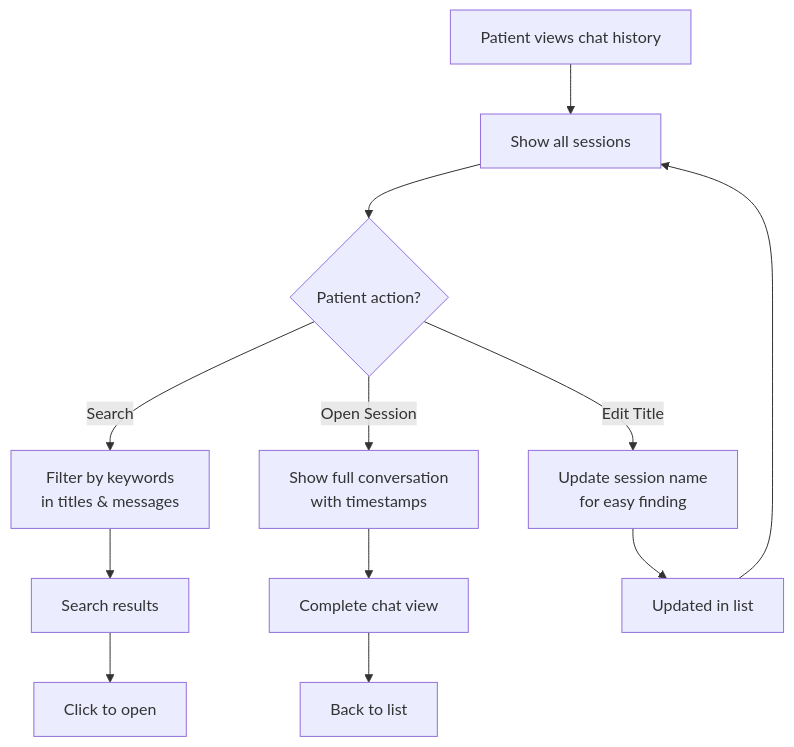
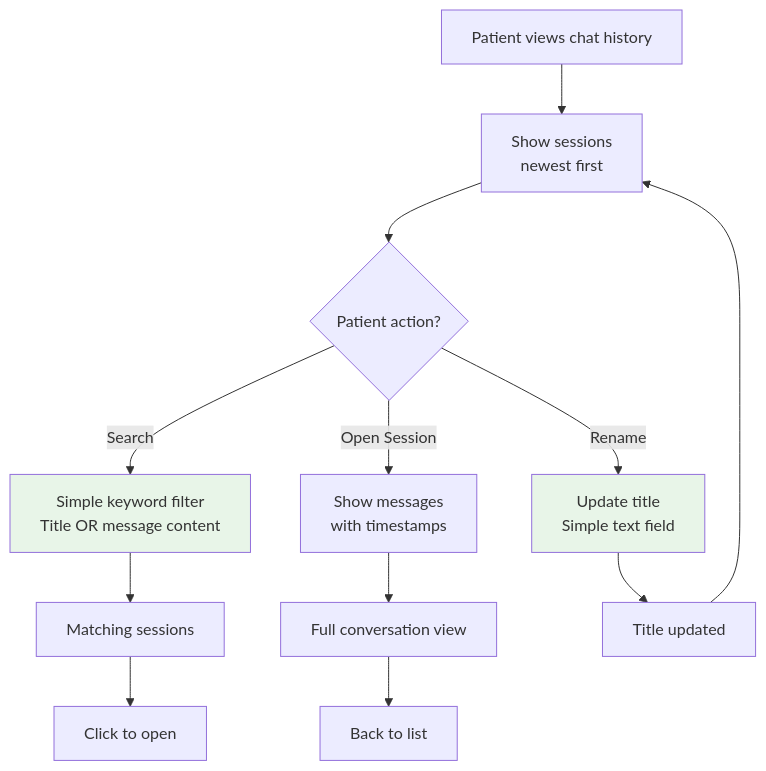
The second of 4 diagrams in backend/backend/docs/api/AI Chat History.md (Abdallah-A-Raafat/Nuralhealer), drawn with Mermaid before and after one commit. The commit also changed other lines of this file and 13 other files, not shown here.

First line of the commit message:
Release v2.0.0: AI chat history & docs all md files are uptodate

````diff
--- a/backend/backend/docs/api/AI Chat History.md
+++ b/backend/backend/docs/api/AI Chat History.md
@@ -61,18 +63,21 @@
 ```mermaid
 flowchart TD
-    A[Patient views chat history] --> B[Show all sessions]
+    A[Patient views chat history] --> B[Show sessions<br>newest first]
     
     B --> C{Patient action?}
     
-    C -- "Search" --> D[Filter by keywords<br>in titles & messages]
-    C -- "Open Session" --> E[Show full conversation<br>with timestamps]
-    C -- "Edit Title" --> F[Update session name<br>for easy finding]
+    C -- "Search" --> D[Simple keyword filter<br>Title OR message content]
+    C -- "Open Session" --> E[Show messages<br>with timestamps]
+    C -- "Rename" --> F[Update title<br>Simple text field]
     
-    D --> G[Search results]
-    E --> H[Complete chat view]
-    F --> I[Updated in list]
+    D --> G[Matching sessions]
+    E --> H[Full conversation view]
+    F --> I[Title updated]
     
     G --> J[Click to open]
     H --> K[Back to list]
     I --> B
+    
+    style D fill:#e8f5e8
+    style F fill:#e8f5e8
 ```
````
